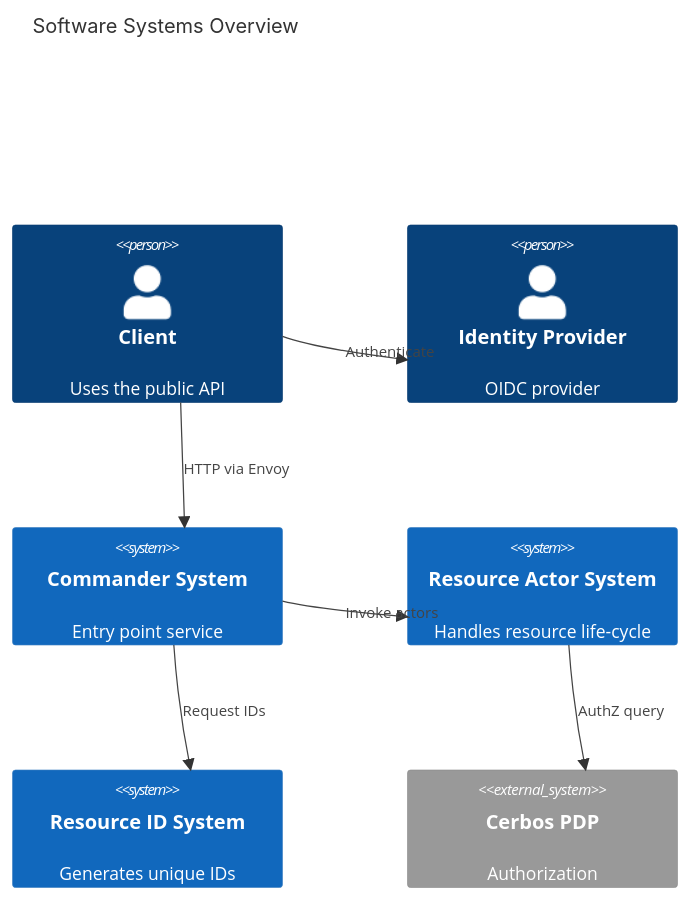
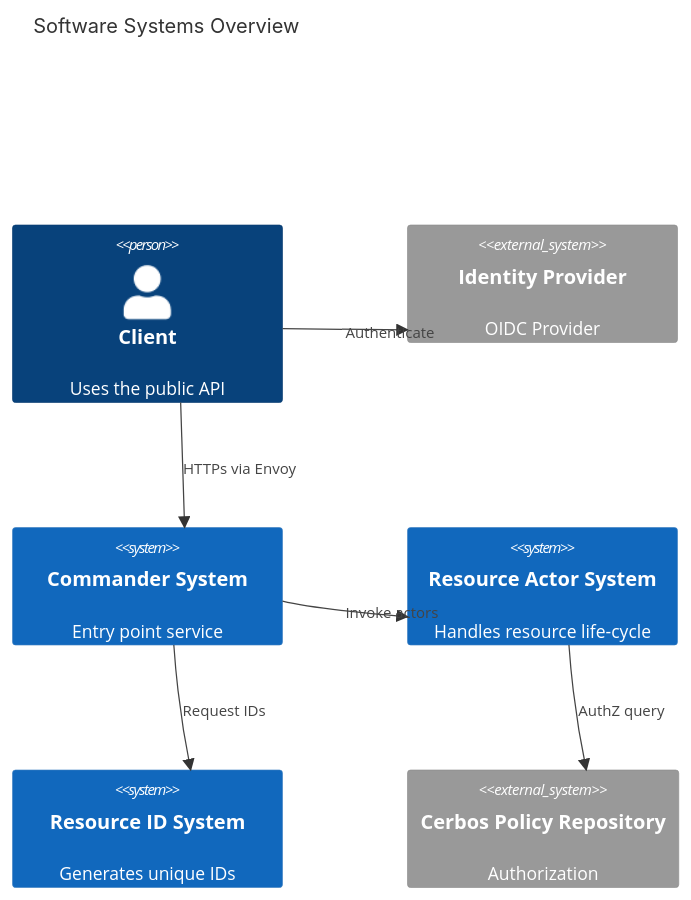
The first of 5 diagrams in docs/architecture.md (Albe83/cn-crud-app), drawn with Mermaid before and after one commit.

````diff
--- a/docs/architecture.md
+++ b/docs/architecture.md
@@ -11,16 +11,16 @@
 ```mermaid
 %%{init: {'theme': 'default'}}%%
 C4Context
 title Software Systems Overview
 Person(client, "Client", "Uses the public API")
-Person(idp, "Identity Provider", "OIDC provider")
+System_Ext(idp, "Identity Provider", "OIDC Provider")
 System(commander, "Commander System", "Entry point service")
 System(actor, "Resource Actor System", "Handles resource life-cycle")
 System(resourceId, "Resource ID System", "Generates unique IDs")
-System_Ext(cerbos, "Cerbos PDP", "Authorization")
-Rel(client, commander, "HTTP via Envoy")
+System_Ext(cerbos, "Cerbos Policy Repository", "Authorization")
+Rel(client, commander, "HTTPs via Envoy")
 Rel(client, idp, "Authenticate")
 Rel(commander, actor, "Invoke actors")
 Rel(commander, resourceId, "Request IDs")
 Rel(actor, cerbos, "AuthZ query")
 ```
````
